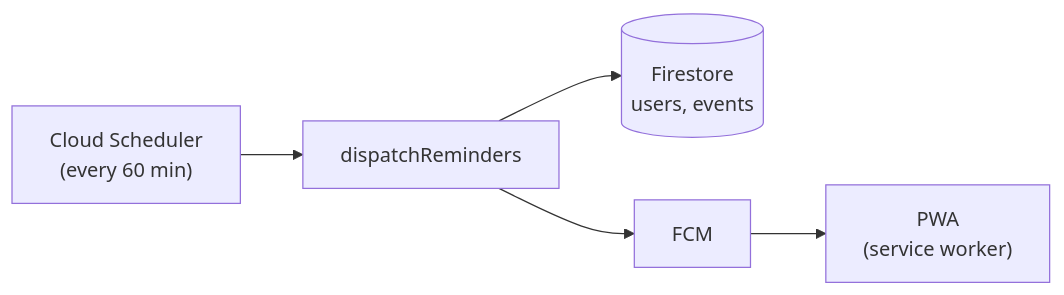
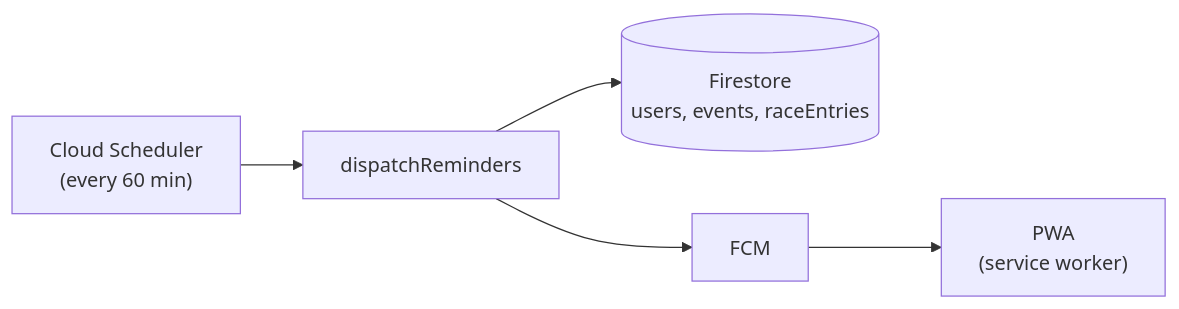
The eighth of 8 diagrams in docs/architecture.md (Seven-Panda-Labs/queima-asfalto), drawn with Mermaid before and after one commit. The commit also changed other lines of this file and 23 other files, not shown here.

````diff
--- a/docs/architecture.md
+++ b/docs/architecture.md
@@ -300,7 +300,7 @@
 ```mermaid
 flowchart LR
   SCH["Cloud Scheduler<br/>(every 60 min)"] --> DR["dispatchReminders"]
-  DR --> FS[("Firestore<br/>users, events")]
+  DR --> FS[("Firestore<br/>users, events, raceEntries")]
   DR --> FCM["FCM"]
   FCM --> PWA["PWA<br/>(service worker)"]
 ```
````
